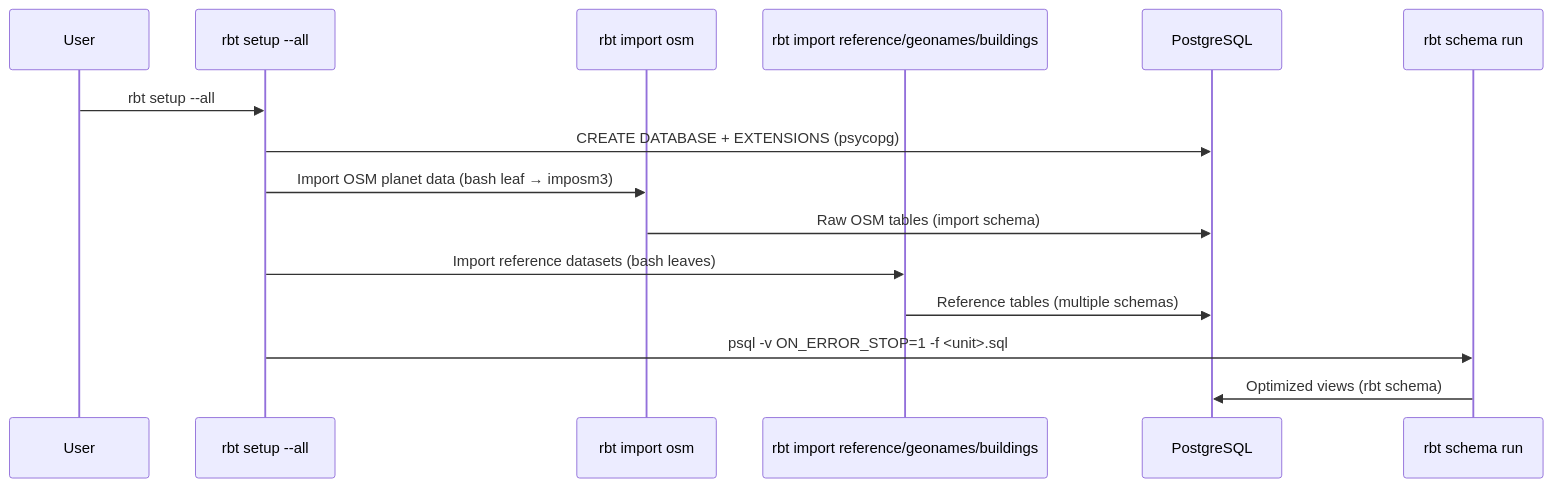
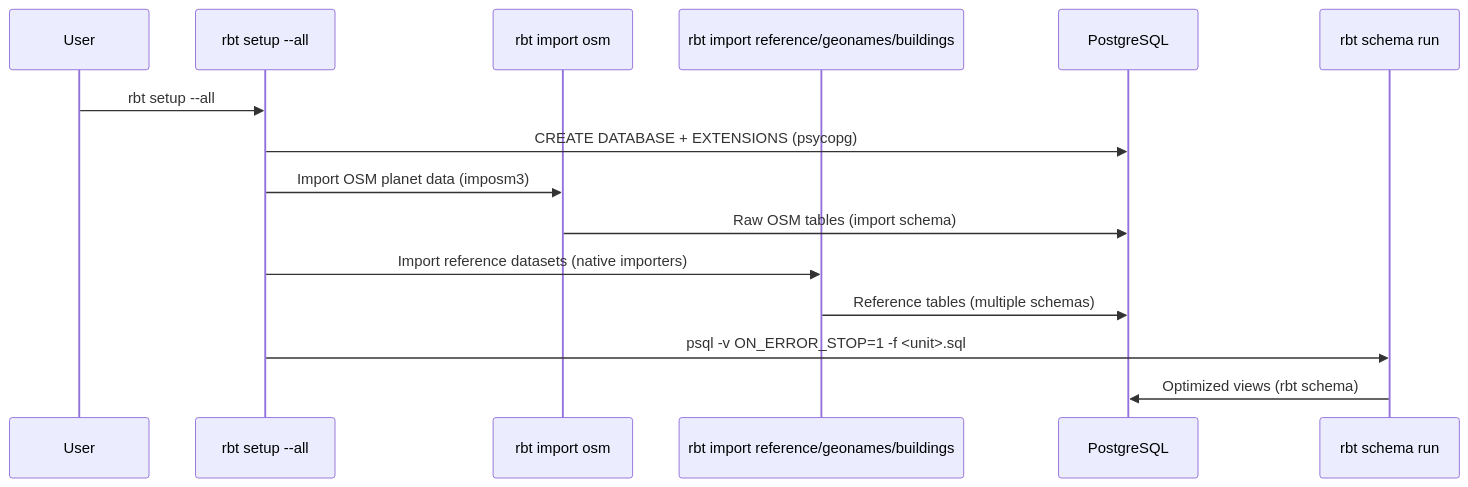
One commit to mjj203/rbt-data-generator changed the second of 4 diagrams in docs/architecture.md. Above: the diagram before and after it, drawn with Mermaid. The commit also changed other lines of this file and 54 other files, not shown here.

First line of the commit message:
feat!: port the four data importers to native Python (#9)

````diff
--- a/docs/architecture.md
+++ b/docs/architecture.md
@@ -117,18 +113,18 @@
 ```mermaid
 sequenceDiagram
     participant User
     participant Setup as rbt setup --all
     participant OSM as rbt import osm
     participant Ref as rbt import reference/geonames/buildings
     participant DB as PostgreSQL
     participant Schema as rbt schema run
     
     User->>Setup: rbt setup --all
     Setup->>DB: CREATE DATABASE + EXTENSIONS (psycopg)
-    Setup->>OSM: Import OSM planet data (bash leaf → imposm3)
+    Setup->>OSM: Import OSM planet data (imposm3)
     OSM->>DB: Raw OSM tables (import schema)
-    Setup->>Ref: Import reference datasets (bash leaves)
+    Setup->>Ref: Import reference datasets (native importers)
     Ref->>DB: Reference tables (multiple schemas)
     Setup->>Schema: psql -v ON_ERROR_STOP=1 -f <unit>.sql
     Schema->>DB: Optimized views (rbt schema)
 ```
````
